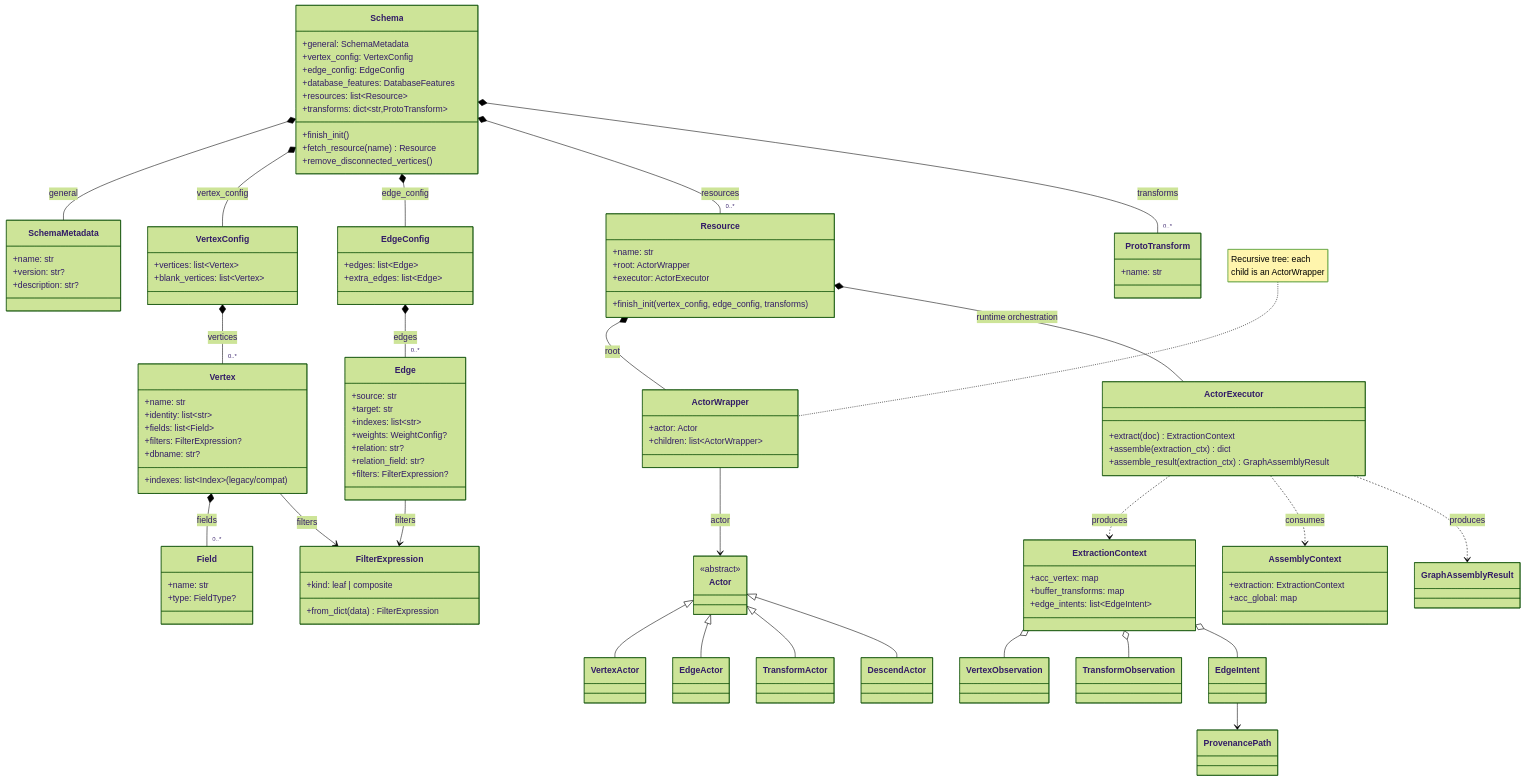
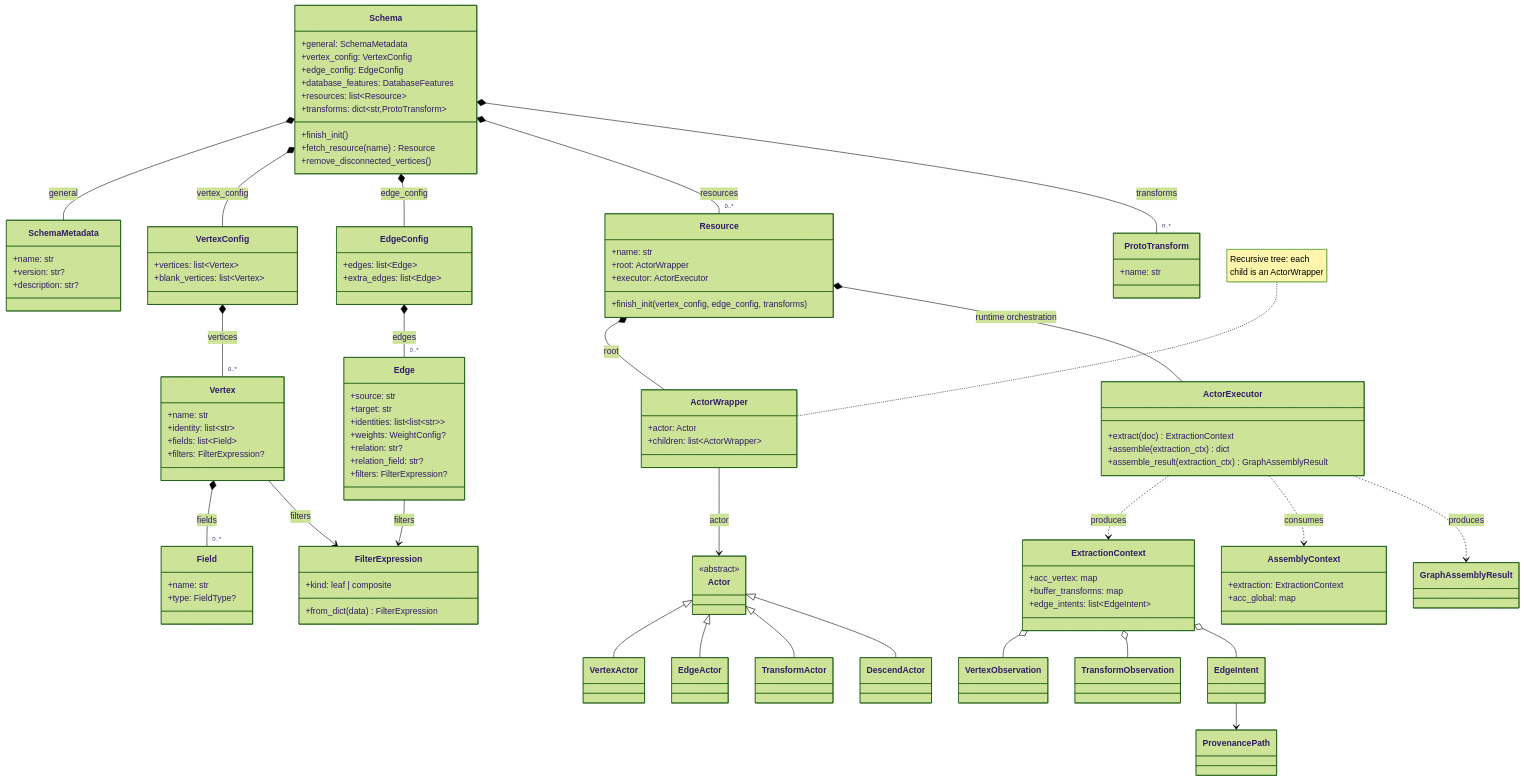
One commit to StevenBtw/graflo changed the fourth of 6 diagrams in docs/concepts/index.md. Above: the diagram before and after it, drawn with Mermaid (forest theme). The commit also changed other lines of this file and 27 other files, not shown here.

```diff
--- a/docs/concepts/index.md
+++ b/docs/concepts/index.md
@@ -200,10 +200,8 @@
     class Vertex {
         +name: str
         +identity: list~str~
-        +indexes: list~Index~ (legacy/compat)
         +fields: list~Field~
         +filters: FilterExpression?
-        +dbname: str?
     }
 
     class Field {
@@ -219,7 +217,7 @@
     class Edge {
         +source: str
         +target: str
-        +indexes: list~str~
+        +identities: list~list~str~~
         +weights: WeightConfig?
         +relation: str?
         +relation_field: str?
```
